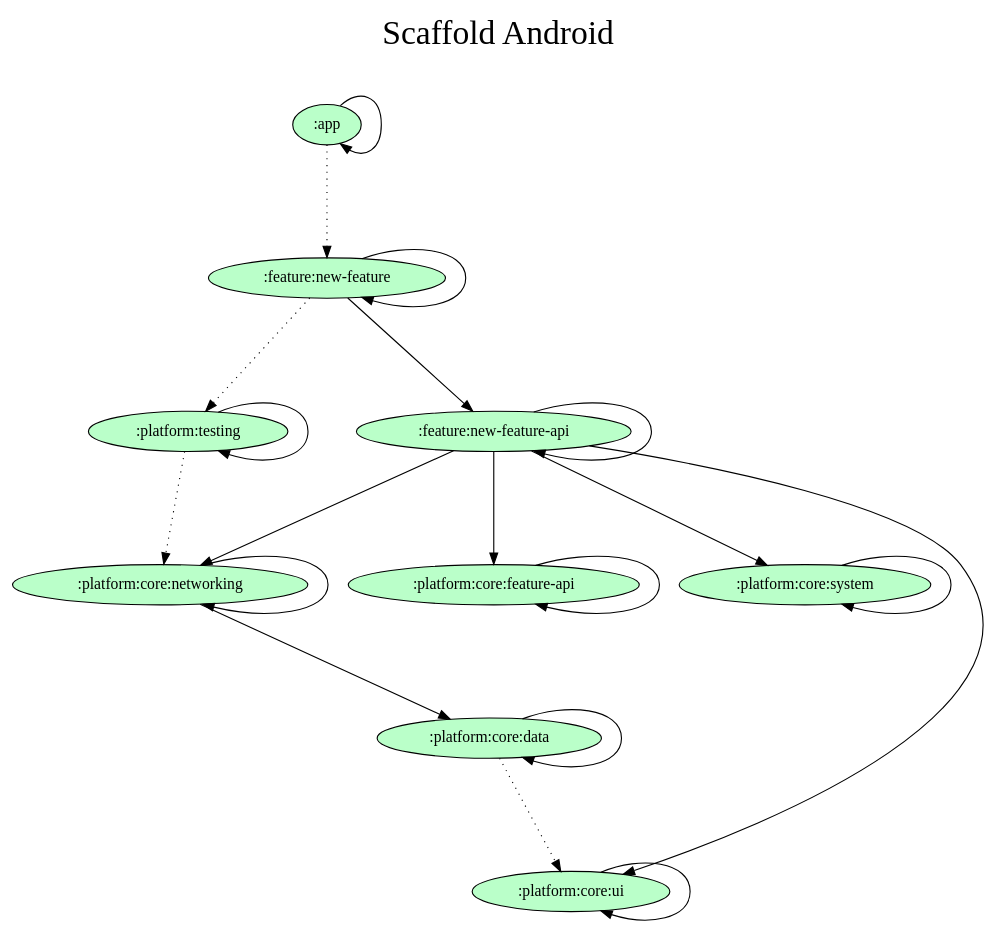
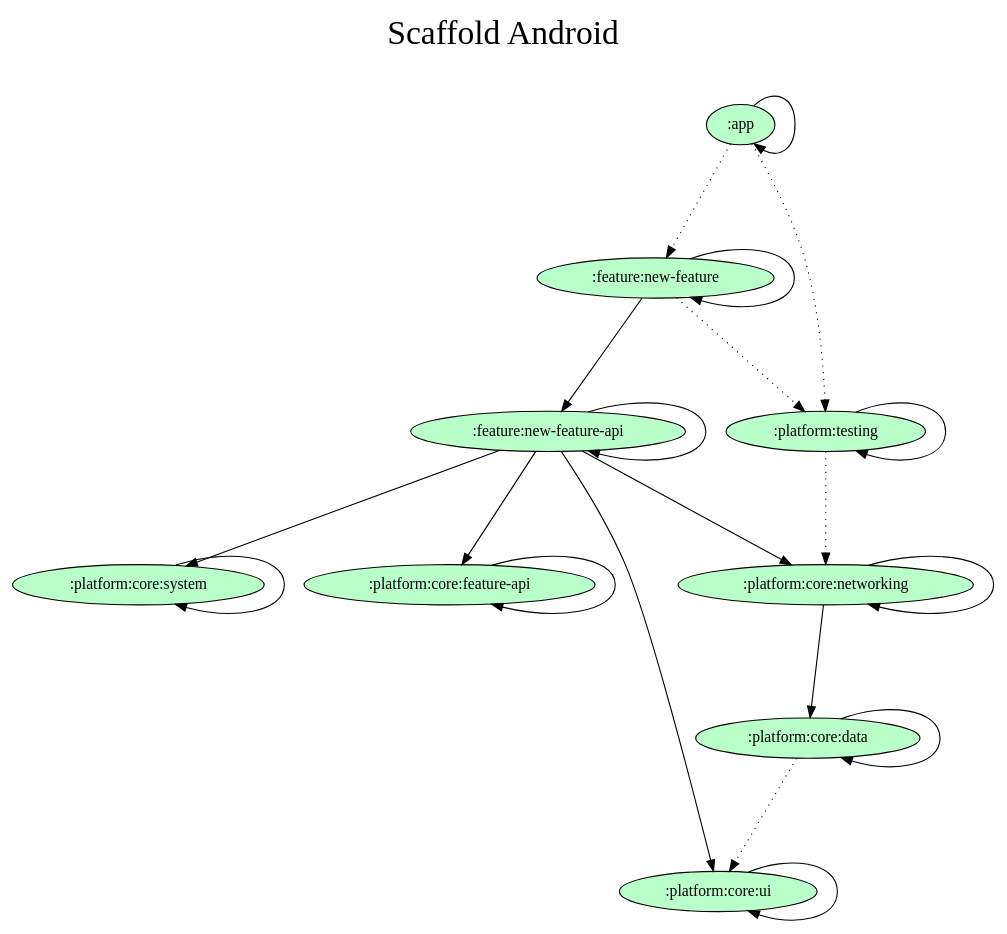
One commit to orogersilva/scaffold-android changed the diagram in gradle/dependency-graph/project.dot. Above: the diagram before and after it, drawn with Graphviz. The commit also changed 1 other file, not shown here.

Commit message:
docs: Updating dependency graph

```diff
--- a/gradle/dependency-graph/project.dot
+++ b/gradle/dependency-graph/project.dot
@@ -1,41 +1,42 @@
 digraph {
   graph [label="Scaffold Android\n ",labelloc=t,fontsize=30,ranksep=1.4];
   node [style=filled, fillcolor="#bbbbbb"];
   rankdir=TB;
 
   # Projects
 
   ":app" [fillcolor="#baffc9"];
   ":feature:new-feature" [fillcolor="#baffc9"];
   ":feature:new-feature-api" [fillcolor="#baffc9"];
   ":platform:core:data" [fillcolor="#baffc9"];
   ":platform:core:feature-api" [fillcolor="#baffc9"];
   ":platform:core:networking" [fillcolor="#baffc9"];
   ":platform:core:system" [fillcolor="#baffc9"];
   ":platform:core:ui" [fillcolor="#baffc9"];
   ":platform:testing" [fillcolor="#baffc9"];
 
   {rank = same;}
 
   # Dependencies
 
+  ":app" -> ":platform:testing" [style=dotted]
   ":app" -> ":app"
   ":app" -> ":feature:new-feature" [style=dotted]
-  ":feature:new-feature" -> ":feature:new-feature-api"
-  ":feature:new-feature" -> ":feature:new-feature"
-  ":feature:new-feature" -> ":platform:testing" [style=dotted]
   ":feature:new-feature-api" -> ":platform:core:feature-api"
   ":feature:new-feature-api" -> ":platform:core:networking"
   ":feature:new-feature-api" -> ":platform:core:system"
   ":feature:new-feature-api" -> ":platform:core:ui"
   ":feature:new-feature-api" -> ":feature:new-feature-api"
+  ":feature:new-feature" -> ":feature:new-feature-api"
+  ":feature:new-feature" -> ":feature:new-feature"
+  ":feature:new-feature" -> ":platform:testing" [style=dotted]
   ":platform:testing" -> ":platform:testing"
   ":platform:testing" -> ":platform:core:networking" [style=dotted]
+  ":platform:core:system" -> ":platform:core:system"
   ":platform:core:data" -> ":platform:core:data"
   ":platform:core:data" -> ":platform:core:ui" [style=dotted]
+  ":platform:core:ui" -> ":platform:core:ui"
   ":platform:core:feature-api" -> ":platform:core:feature-api"
   ":platform:core:networking" -> ":platform:core:data"
   ":platform:core:networking" -> ":platform:core:networking"
-  ":platform:core:system" -> ":platform:core:system"
-  ":platform:core:ui" -> ":platform:core:ui"
 }
```
